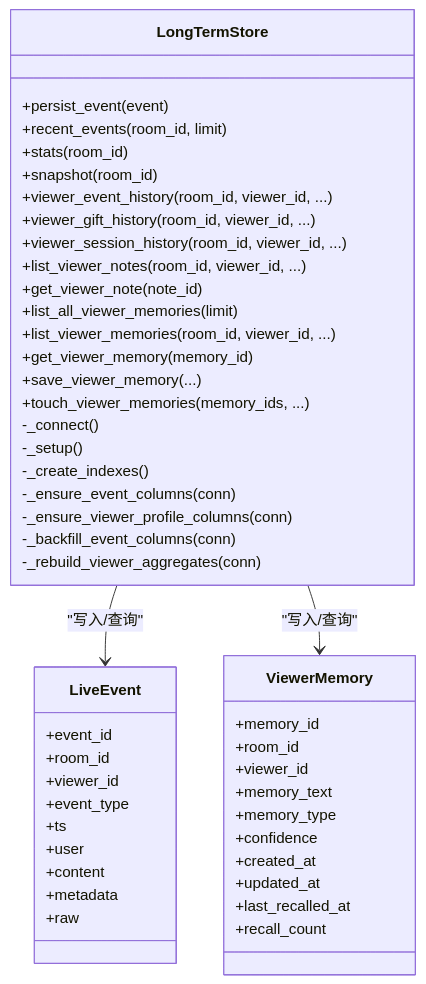
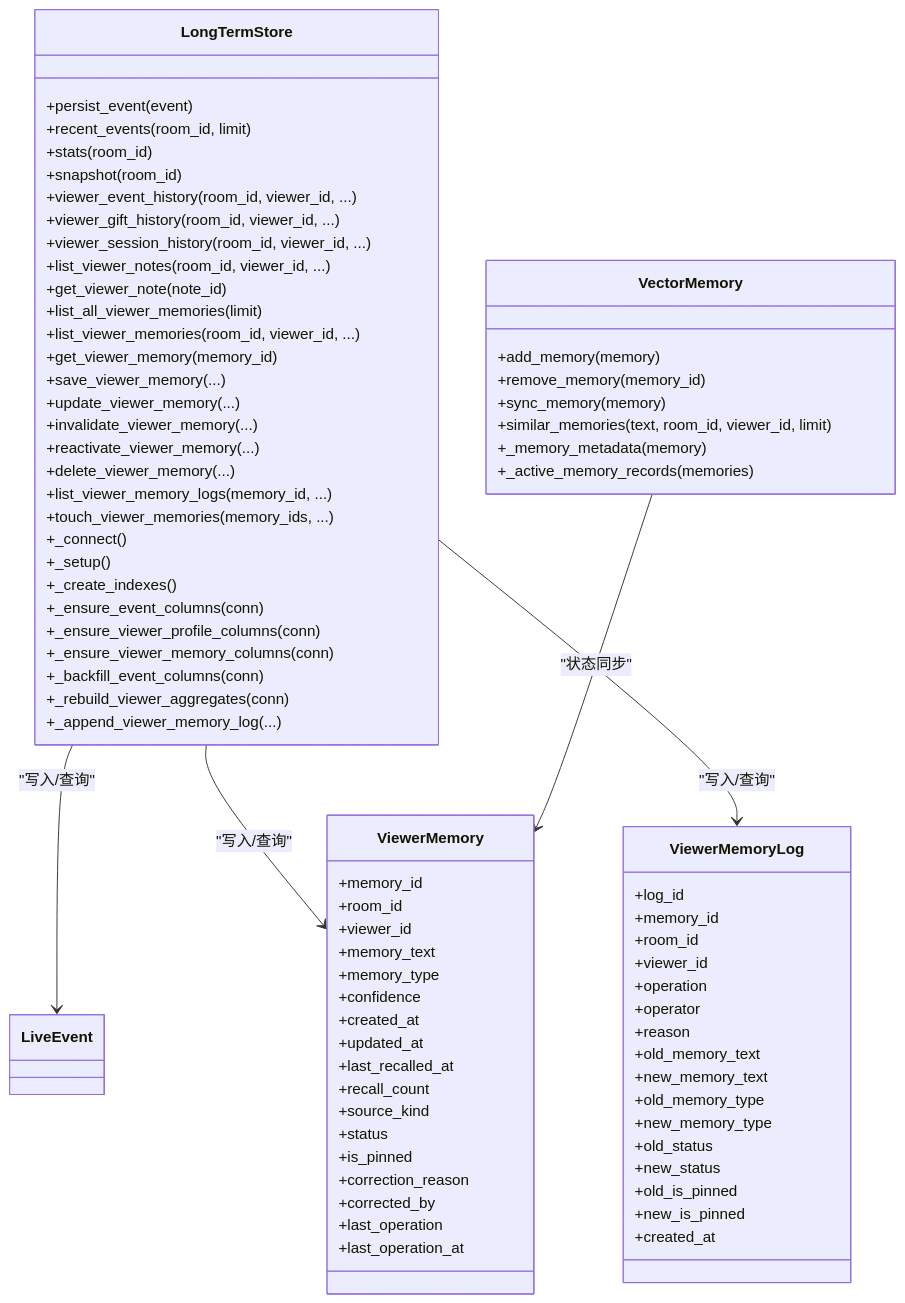
One commit to Moon-Force/DouYin_llm changed the third of 3 diagrams in .qoder/repowiki/zh/content/后端服务/内存管理系统/长期存储管理.md. Above: the diagram before and after it, drawn with Mermaid. The commit also changed other lines of this file and 17 other files, not shown here.

````diff
--- a/.qoder/repowiki/zh/content/后端服务/内存管理系统/长期存储管理.md
+++ b/.qoder/repowiki/zh/content/后端服务/内存管理系统/长期存储管理.md
@@ -243,51 +309,82 @@
 ```mermaid
 classDiagram
 class LongTermStore {
 +persist_event(event)
 +recent_events(room_id, limit)
 +stats(room_id)
 +snapshot(room_id)
 +viewer_event_history(room_id, viewer_id, ...)
 +viewer_gift_history(room_id, viewer_id, ...)
 +viewer_session_history(room_id, viewer_id, ...)
 +list_viewer_notes(room_id, viewer_id, ...)
 +get_viewer_note(note_id)
 +list_all_viewer_memories(limit)
 +list_viewer_memories(room_id, viewer_id, ...)
 +get_viewer_memory(memory_id)
 +save_viewer_memory(...)
++update_viewer_memory(...)
++invalidate_viewer_memory(...)
++reactivate_viewer_memory(...)
++delete_viewer_memory(...)
++list_viewer_memory_logs(memory_id, ...)
 +touch_viewer_memories(memory_ids, ...)
--_connect()
--_setup()
--_create_indexes()
--_ensure_event_columns(conn)
--_ensure_viewer_profile_columns(conn)
--_backfill_event_columns(conn)
--_rebuild_viewer_aggregates(conn)
++_connect()
++_setup()
++_create_indexes()
++_ensure_event_columns(conn)
++_ensure_viewer_profile_columns(conn)
++_ensure_viewer_memory_columns(conn)
++_backfill_event_columns(conn)
++_rebuild_viewer_aggregates(conn)
++_append_viewer_memory_log(...)
 }
-class LiveEvent {
-+event_id
-+room_id
-+viewer_id
-+event_type
-+ts
-+user
-+content
-+metadata
-+raw
+class VectorMemory {
++add_memory(memory)
++remove_memory(memory_id)
++sync_memory(memory)
++similar_memories(text, room_id, viewer_id, limit)
++_memory_metadata(memory)
++_active_memory_records(memories)
 }
 class ViewerMemory {
 +memory_id
 +room_id
 +viewer_id
 +memory_text
 +memory_type
 +confidence
 +created_at
 +updated_at
 +last_recalled_at
 +recall_count
++source_kind
++status
++is_pinned
++correction_reason
++corrected_by
++last_operation
++last_operation_at
+}
+class ViewerMemoryLog {
++log_id
++memory_id
++room_id
++viewer_id
++operation
++operator
++reason
++old_memory_text
++new_memory_text
++old_memory_type
++new_memory_type
++old_status
++new_status
++old_is_pinned
++new_is_pinned
++created_at
 }
 LongTermStore --> LiveEvent : "写入/查询"
 LongTermStore --> ViewerMemory : "写入/查询"
+LongTermStore --> ViewerMemoryLog : "写入/查询"
+VectorMemory --> ViewerMemory : "状态同步"
 ```
````
